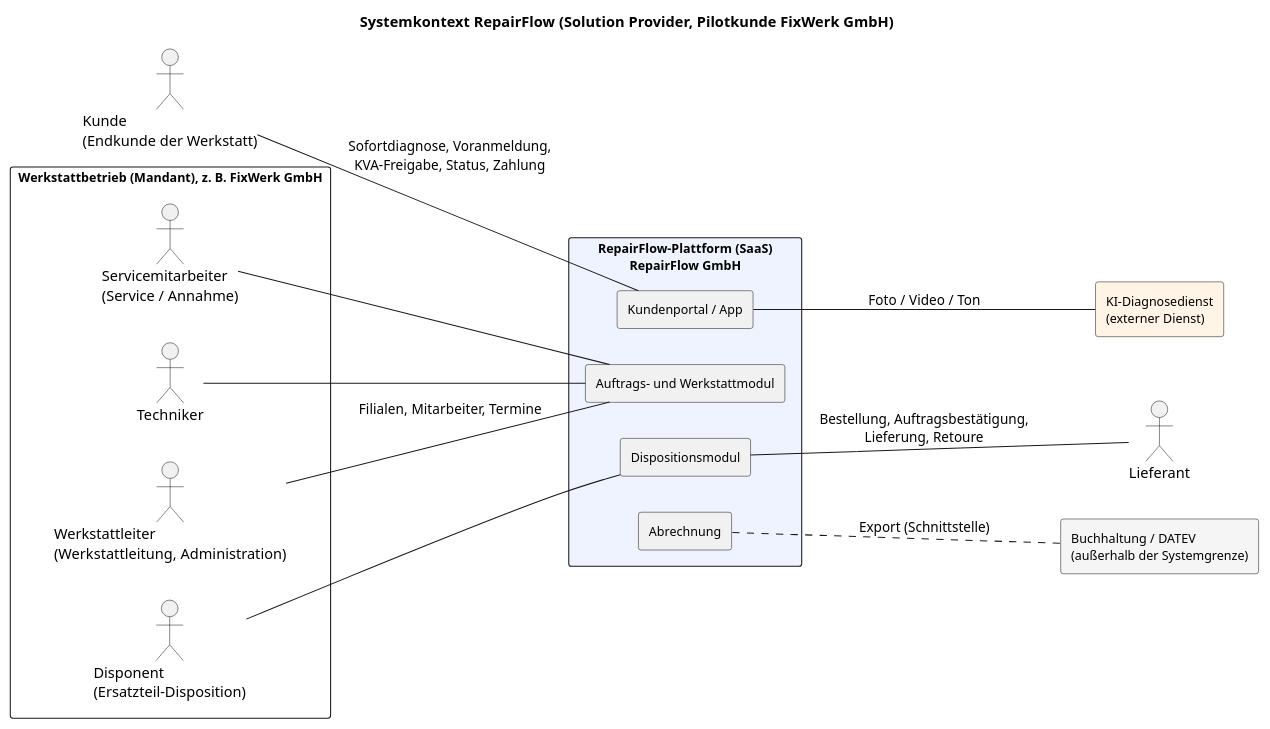
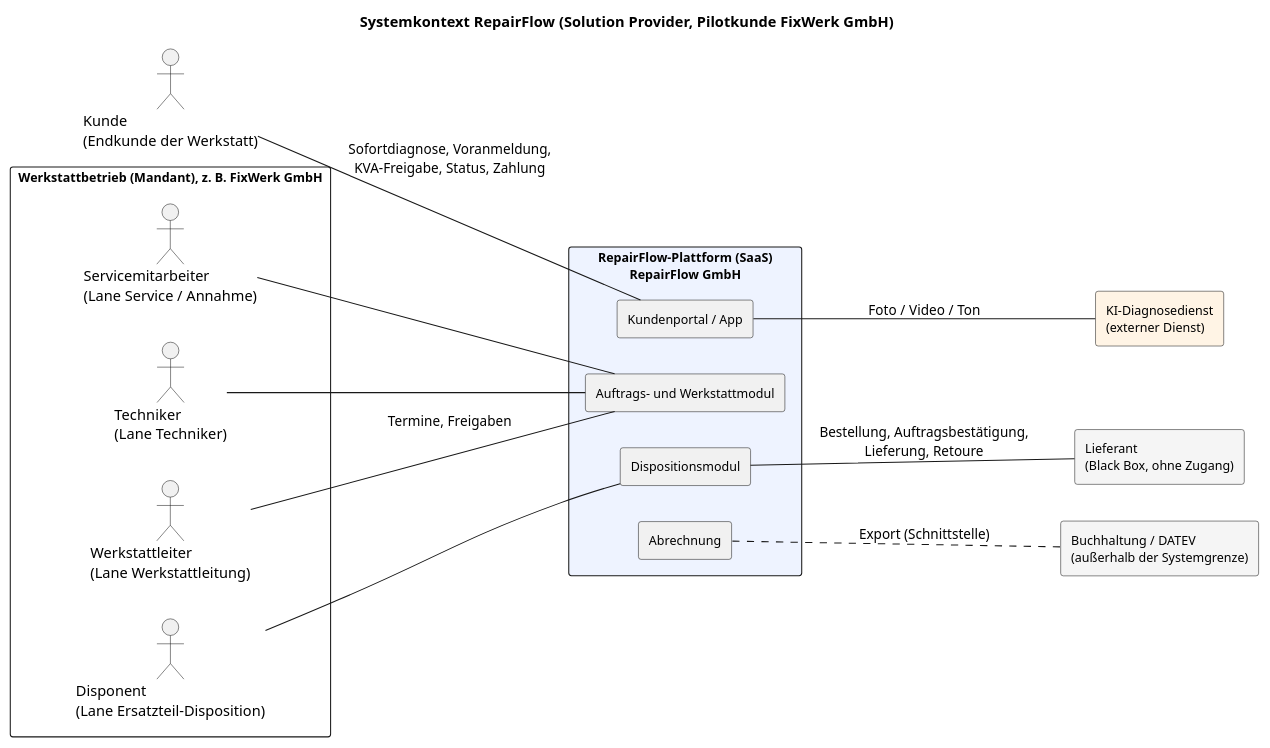
Before and after one commit to jakobschwan123-cmd/casestudy-semester-3: the diagram in 3_doku/systemkontext/systemkontext.puml, drawn with PlantUML. The commit also changed 14 other files, not shown here.

```diff
--- a/3_doku/systemkontext/systemkontext.puml
+++ b/3_doku/systemkontext/systemkontext.puml
@@ -1,30 +1,30 @@
 @startuml
 title Systemkontext RepairFlow (Solution Provider, Pilotkunde FixWerk GmbH)
 skinparam defaultFontName Arial
 skinparam rectangleFontSize 12
 left to right direction
 actor "Kunde\n(Endkunde der Werkstatt)" as Kunde
-actor "Lieferant" as Lieferant
 rectangle "Werkstattbetrieb (Mandant), z. B. FixWerk GmbH" as WB {
-  actor "Servicemitarbeiter\n(Service / Annahme)" as Service
-  actor "Techniker" as Techniker
-  actor "Werkstattleiter\n(Werkstattleitung, Administration)" as Leitung
-  actor "Disponent\n(Ersatzteil-Disposition)" as Dispo
+  actor "Servicemitarbeiter\n(Lane Service / Annahme)" as Service
+  actor "Techniker\n(Lane Techniker)" as Techniker
+  actor "Werkstattleiter\n(Lane Werkstattleitung)" as Leitung
+  actor "Disponent\n(Lane Ersatzteil-Disposition)" as Dispo
 }
 rectangle "RepairFlow-Plattform (SaaS)\nRepairFlow GmbH" as RF #EEF3FF {
   rectangle "Kundenportal / App" as App
   rectangle "Auftrags- und Werkstattmodul" as Auftrag
   rectangle "Dispositionsmodul" as DispoM
   rectangle "Abrechnung" as Abr
 }
+rectangle "Lieferant\n(Black Box, ohne Zugang)" as Lieferant #F5F5F5
 rectangle "KI-Diagnosedienst\n(externer Dienst)" as KI #FFF4E5
 rectangle "Buchhaltung / DATEV\n(außerhalb der Systemgrenze)" as DATEV #F5F5F5
 Kunde -- App : Sofortdiagnose, Voranmeldung,\nKVA-Freigabe, Status, Zahlung
 Service -- Auftrag
 Techniker -- Auftrag
-Leitung -- Auftrag : Filialen, Mitarbeiter, Termine
+Leitung -- Auftrag : Termine, Freigaben
 Dispo -- DispoM
 App -- KI : Foto / Video / Ton
 DispoM -- Lieferant : Bestellung, Auftragsbestätigung,\nLieferung, Retoure
 Abr .. DATEV : Export (Schnittstelle)
 @enduml
```
